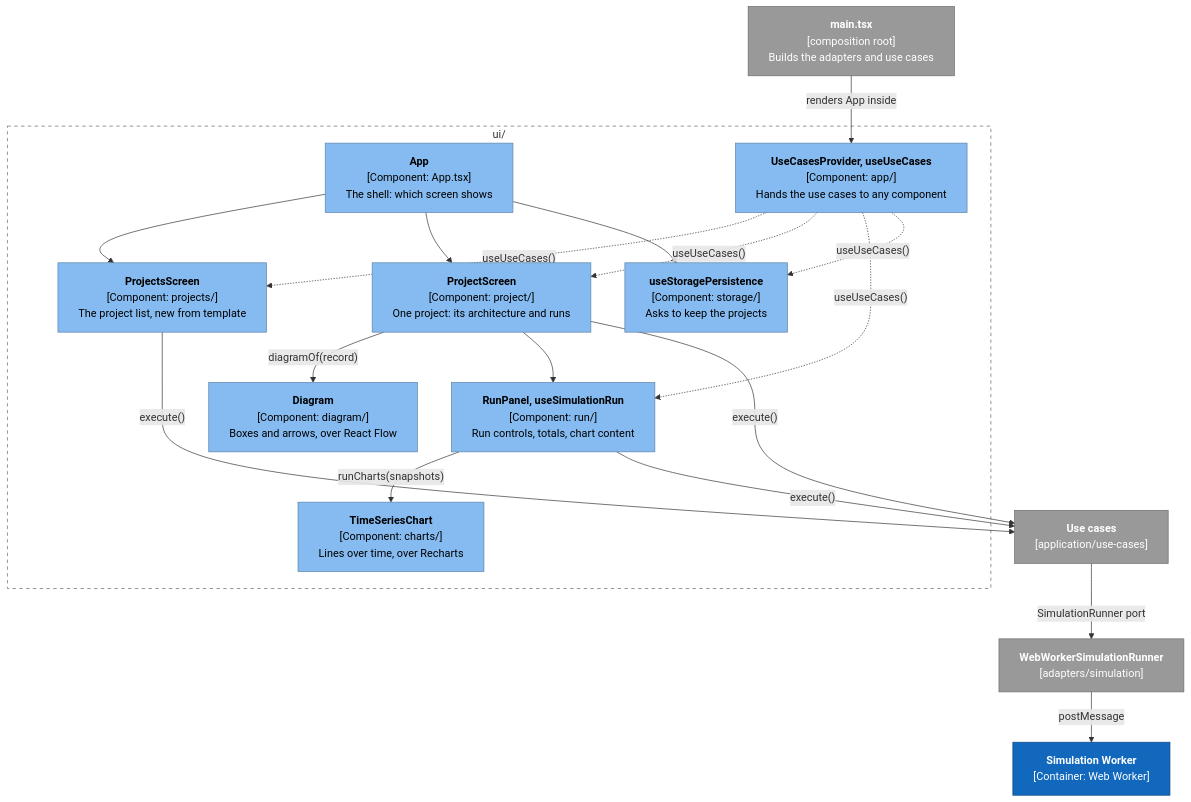
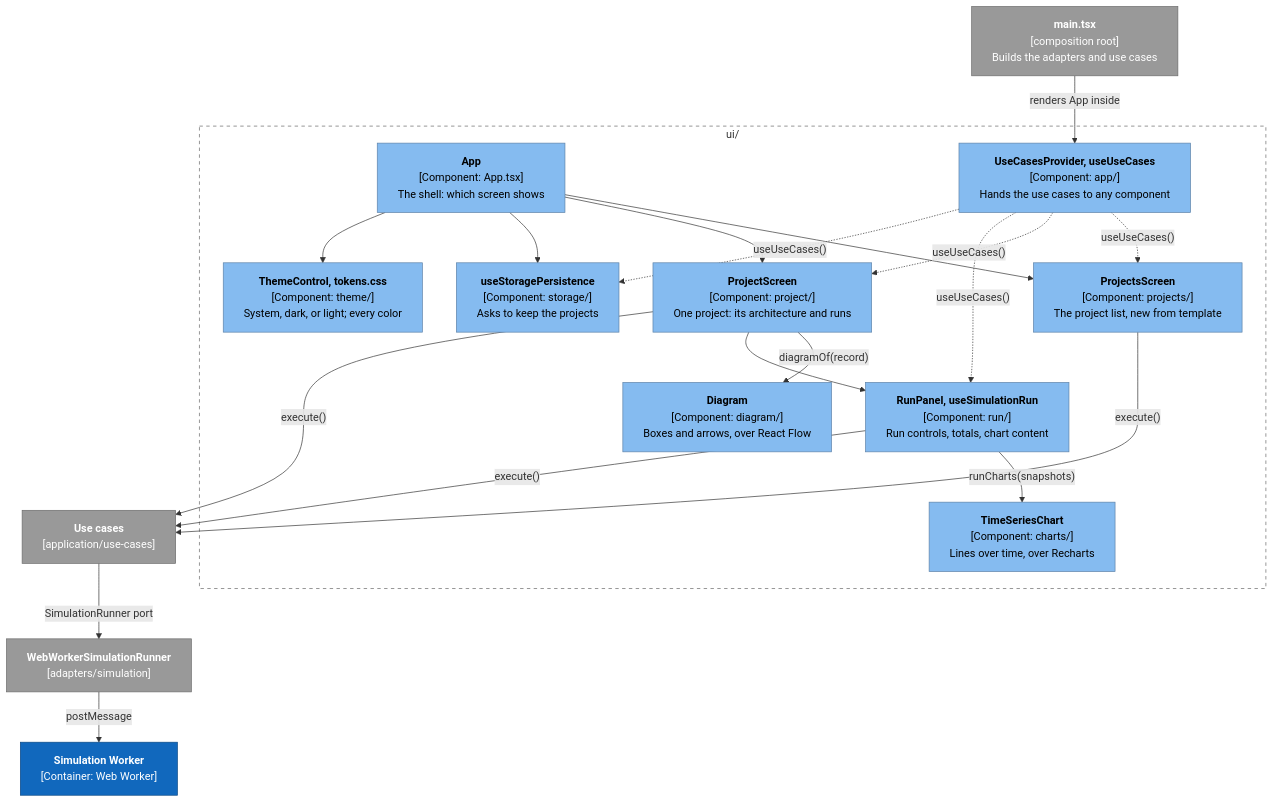
Before and after one commit to alanbickel/wind-tunnel: the first of 2 diagrams in docs/architecture/user-interface.md, drawn with Mermaid. The commit also changed other lines of this file and 19 other files, not shown here.

Commit message:
feat(ui): add design tokens for the dark and light themes (#37)

````diff
--- a/docs/architecture/user-interface.md
+++ b/docs/architecture/user-interface.md
@@ -11,33 +11,34 @@
 ```mermaid
 %%{init: {"flowchart": {"wrappingWidth": 320}}}%%
 flowchart TB
     main["<b>main.tsx</b><br/>[composition root]<br/>Builds the adapters and use cases"]:::external
     subgraph ui["ui/"]
         app["<b>App</b><br/>[Component: App.tsx]<br/>The shell: which screen shows"]:::component
         provider["<b>UseCasesProvider, useUseCases</b><br/>[Component: app/]<br/>Hands the use cases to any component"]:::component
         projects["<b>ProjectsScreen</b><br/>[Component: projects/]<br/>The project list, new from template"]:::component
         project["<b>ProjectScreen</b><br/>[Component: project/]<br/>One project: its architecture and runs"]:::component
         run["<b>RunPanel, useSimulationRun</b><br/>[Component: run/]<br/>Run controls, totals, chart content"]:::component
         storage["<b>useStoragePersistence</b><br/>[Component: storage/]<br/>Asks to keep the projects"]:::component
+        theme["<b>ThemeControl, tokens.css</b><br/>[Component: theme/]<br/>System, dark, or light; every color"]:::component
         diagram["<b>Diagram</b><br/>[Component: diagram/]<br/>Boxes and arrows, over React Flow"]:::component
         charts["<b>TimeSeriesChart</b><br/>[Component: charts/]<br/>Lines over time, over Recharts"]:::component
     end
     uc["<b>Use cases</b><br/>[application/use-cases]"]:::external
     runner["<b>WebWorkerSimulationRunner</b><br/>[adapters/simulation]"]:::external
     worker["<b>Simulation Worker</b><br/>[Container: Web Worker]"]:::system
     main -->|"renders App inside"| provider
     provider -.->|"useUseCases()"| projects & project & run & storage
-    app --> projects & project & storage
+    app --> projects & project & storage & theme
     project -->|"diagramOf(record)"| diagram
     project --> run
     run -->|"runCharts(snapshots)"| charts
     projects & project & run -->|"execute()"| uc
     uc -->|"SimulationRunner port"| runner
     runner -->|"postMessage"| worker
     style ui fill:none,stroke:#666,stroke-dasharray:5 5
     classDef person fill:#08427b,stroke:#052e56,color:#fff
     classDef system fill:#1168bd,stroke:#0b4884,color:#fff
     classDef component fill:#85bbf0,stroke:#5d82a8,color:#000
     classDef external fill:#999,stroke:#6b6b6b,color:#fff
     classDef planned fill:#fff,stroke:#1168bd,color:#1168bd,stroke-dasharray:5 5
 ```
````
